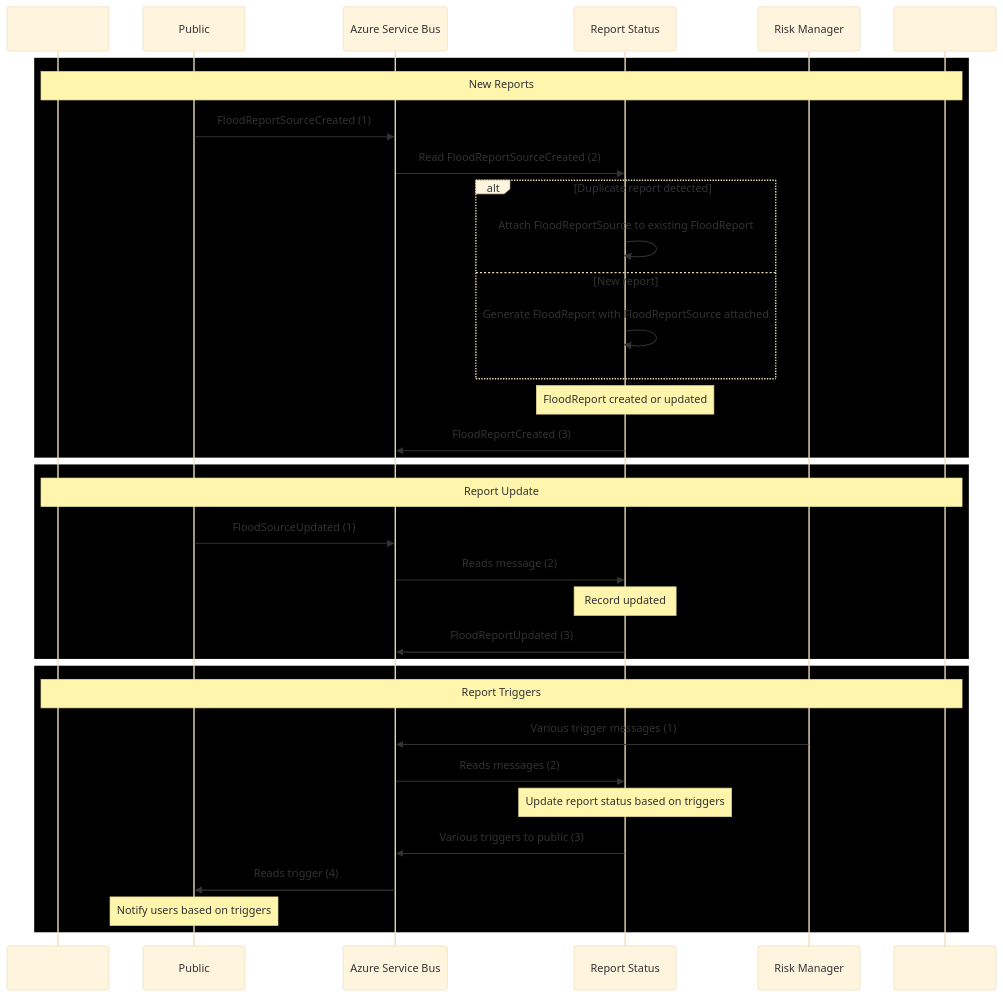
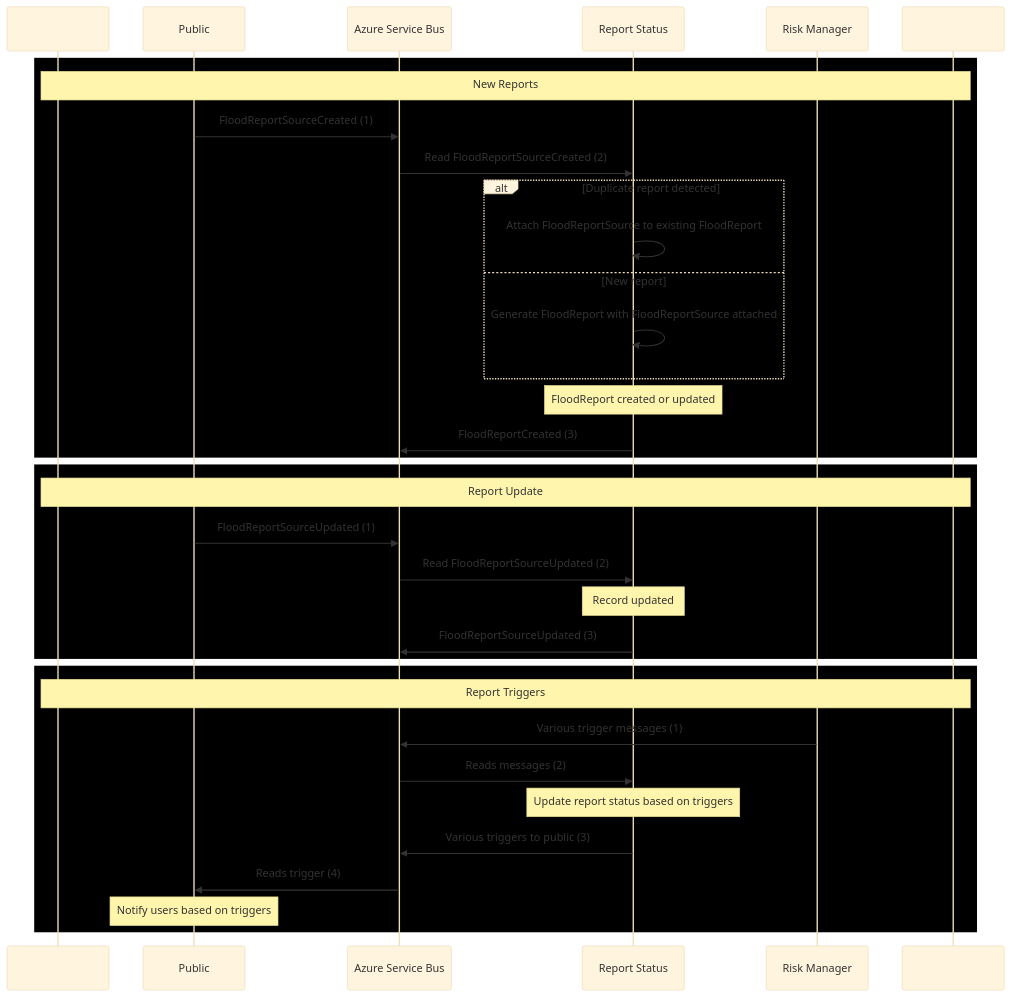
One commit to Dorset-Council-UK/FloodOnlineReportingTool.ReportStatus changed the diagram in docs/flows/system_communication_diagram.md. Above: the diagram before and after it, drawn with Mermaid (base theme).

````diff
--- a/docs/flows/system_communication_diagram.md
+++ b/docs/flows/system_communication_diagram.md
@@ -1,41 +1,41 @@
 ```mermaid
 sequenceDiagram
     participant L as 
     participant Public
     participant ASB as Azure Service Bus
     participant RS as Report Status
     participant RM as Risk Manager
     participant R as 
 
 
     rect rgb(0, 0, 0)
         Note over L,R: New Reports
         Public->>ASB: FloodReportSourceCreated (1)
         ASB->>RS: Read FloodReportSourceCreated (2)
         alt Duplicate report detected
             RS->>RS: Attach FloodReportSource to existing FloodReport
         else New report
             RS->>RS: Generate FloodReport with FloodReportSource attached
         end
         Note over RS: FloodReport created or updated
         RS->>ASB: FloodReportCreated (3)
     end 
 
     rect rgb(0, 0, 0)
         Note over L,R: Report Update
-        Public->>ASB: FloodSourceUpdated (1)
-        ASB->>RS: Reads message (2)
+        Public->>ASB: FloodReportSourceUpdated (1)
+        ASB->>RS: Read FloodReportSourceUpdated (2)
         Note over RS: Record updated
-        RS->>ASB: FloodReportUpdated (3)
+        RS->>ASB: FloodReportSourceUpdated (3)
     end
 
     rect rgb(0, 0, 0)
         Note over L,R: Report Triggers
         RM->>ASB: Various trigger messages (1)
         ASB->>RS: Reads messages (2)
         Note over RS: Update report status based on triggers
         RS->>ASB: Various triggers to public (3)
         ASB->>Public: Reads trigger (4)
         Note over Public: Notify users based on triggers
     end
 ```
````
